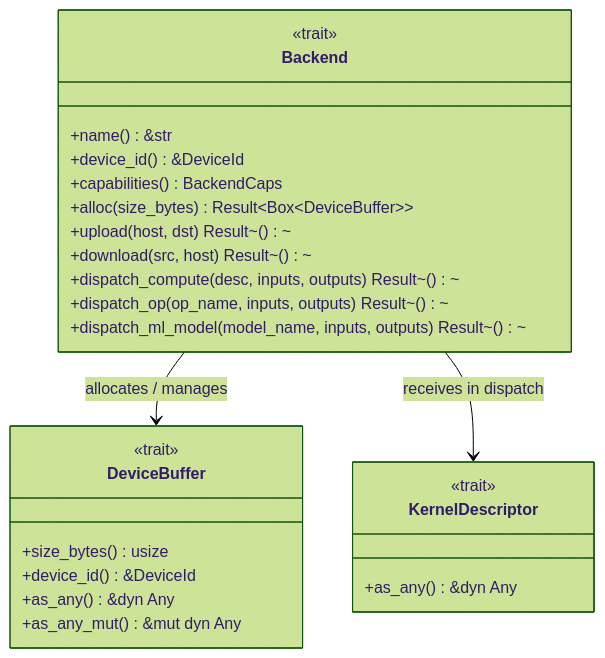
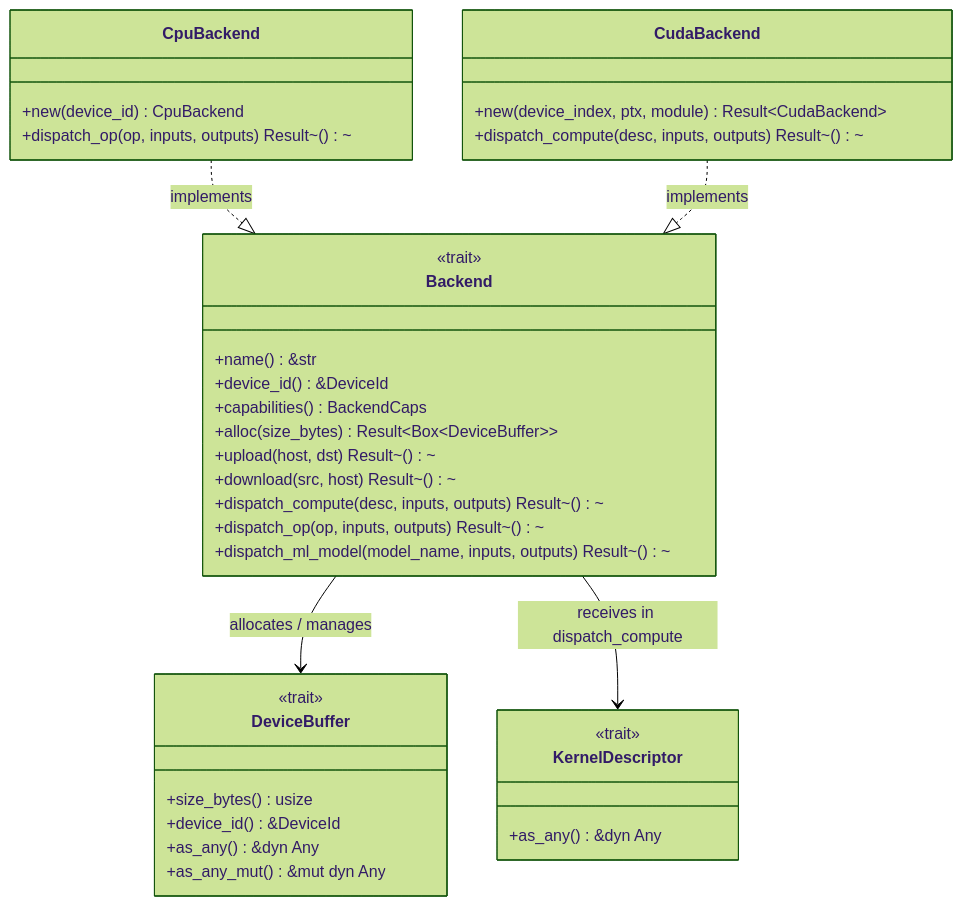
The first of 6 diagrams in docs/backend-trait.md (vansweej/graphynx), drawn with Mermaid (forest theme) before and after one commit. The commit also changed other lines of this file and 6 other files, not shown here.

````diff
--- a/docs/backend-trait.md
+++ b/docs/backend-trait.md
@@ -7,31 +7,43 @@
 ```mermaid
 classDiagram
     class Backend {
         <<trait>>
         +name() &str
         +device_id() &DeviceId
         +capabilities() BackendCaps
         +alloc(size_bytes) Result~Box~DeviceBuffer~~
         +upload(host, dst) Result~()~
         +download(src, host) Result~()~
         +dispatch_compute(desc, inputs, outputs) Result~()~
-        +dispatch_op(op_name, inputs, outputs) Result~()~
+        +dispatch_op(op, inputs, outputs) Result~()~
         +dispatch_ml_model(model_name, inputs, outputs) Result~()~
     }
 
     class DeviceBuffer {
         <<trait>>
         +size_bytes() usize
         +device_id() &DeviceId
         +as_any() &dyn Any
         +as_any_mut() &mut dyn Any
     }
 
     class KernelDescriptor {
         <<trait>>
         +as_any() &dyn Any
     }
 
+    class CpuBackend {
+        +new(device_id) CpuBackend
+        +dispatch_op(op, inputs, outputs) Result~()~
+    }
+
+    class CudaBackend {
+        +new(device_index, ptx, module) Result~CudaBackend~
+        +dispatch_compute(desc, inputs, outputs) Result~()~
+    }
+
     Backend --> DeviceBuffer : allocates / manages
-    Backend --> KernelDescriptor : receives in dispatch
+    Backend --> KernelDescriptor : receives in dispatch_compute
+    CpuBackend ..|> Backend : implements
+    CudaBackend ..|> Backend : implements
 ```
````
